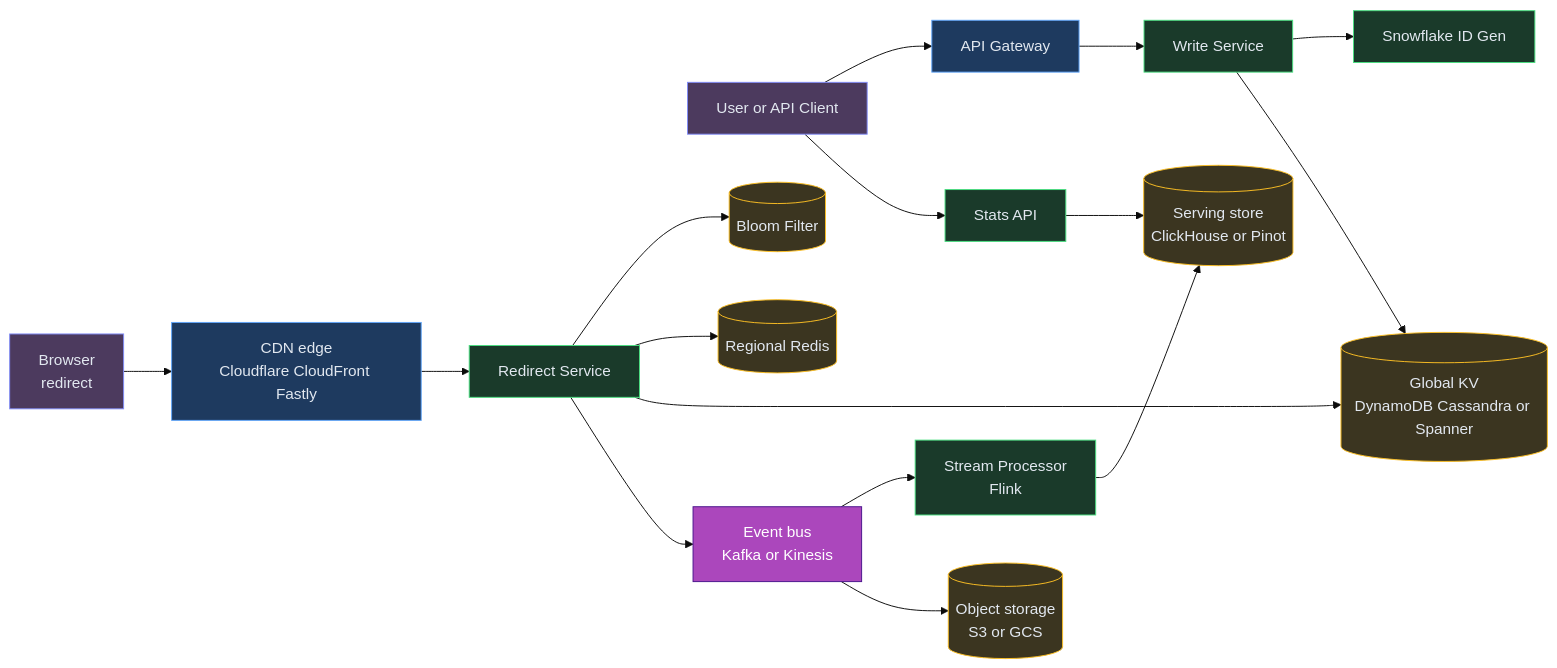
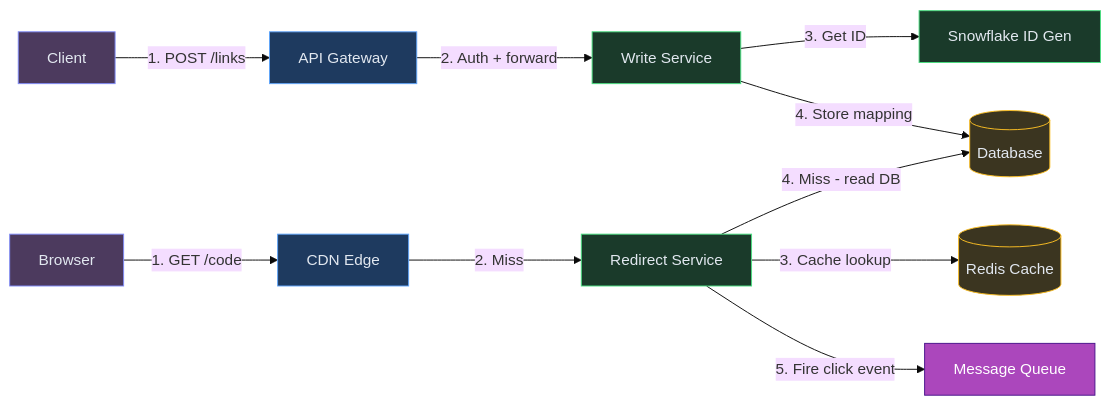
Before and after one commit to iluzn/HLD-Designs: diagram 11 of 11 in content/hld/URLShortner.md, drawn with Mermaid (base theme). The commit also changed other lines of this file, not shown here.

Commit message:
fix(hld): Update all URL Shortener flowchart diagrams with numbered arrows
- TL;DR diagram: numbered arrows (1-4)
- Create flow diagram: numbered arrows (1-4)
- Redirect flow diagram: numbered arrows (1-5)
- Deep dive caching diagram: already had labels
- Final architecture: simplified (removed Bloom filter, Flink,
  ClickHouse, S3, regional Redis) + numbered arrows on both
  write path (1-4) and read path (1-5)
- Sequence diagrams already use autonumber (unchanged)
- Naive first-cut intentionally label-free (it's the broken version)

````diff
--- a/content/hld/URLShortner.md
+++ b/content/hld/URLShortner.md
@@ -590,46 +590,32 @@
 ```mermaid
 flowchart LR
-    CLIENT["User or API Client"]:::client
-    BROWSER["Browser<br/>redirect"]:::client
-    CDN["CDN edge<br/>Cloudflare CloudFront Fastly"]:::edge
+    CLIENT["Client"]:::client
+    BROWSER["Browser"]:::client
+    CDN["CDN Edge"]:::edge
     GW["API Gateway"]:::edge
 
     WS["Write Service"]:::service
     RS["Redirect Service"]:::service
     IDG["Snowflake ID Gen"]:::service
-    SP["Stream Processor<br/>Flink"]:::service
-    STATS["Stats API"]:::service
 
-    BF[("Bloom Filter")]:::data
-    REDIS[("Regional Redis")]:::data
-    KV[("Global KV<br/>DynamoDB Cassandra or Spanner")]:::data
-    CH[("Serving store<br/>ClickHouse or Pinot")]:::data
-    S3[("Object storage<br/>S3 or GCS")]:::data
+    REDIS[("Redis Cache")]:::data
+    DB[("Database")]:::data
+    Q["Message Queue"]:::async
 
-    K["Event bus<br/>Kafka or Kinesis"]:::async
+    CLIENT -->|"1. POST /links"| GW
+    GW -->|"2. Auth + forward"| WS
+    WS -->|"3. Get ID"| IDG
+    WS -->|"4. Store mapping"| DB
 
-    CLIENT --> GW
-    GW --> WS
-    WS --> IDG
-    WS --> KV
-
-    BROWSER --> CDN
-    CDN --> RS
-    RS --> BF
-    RS --> REDIS
-    RS --> KV
-    RS --> K
-
-    K --> SP
-    K --> S3
-    SP --> CH
-
-    CLIENT --> STATS
-    STATS --> CH
+    BROWSER -->|"1. GET /code"| CDN
+    CDN -->|"2. Miss"| RS
+    RS -->|"3. Cache lookup"| REDIS
+    RS -->|"4. Miss - read DB"| DB
+    RS -->|"5. Fire click event"| Q
 
     classDef client fill:#4c3a5e,stroke:#818cf8,color:#e2e8f0
     classDef edge fill:#1e3a5f,stroke:#60a5fa,color:#e2e8f0
     classDef service fill:#1a3a2a,stroke:#4ade80,color:#e2e8f0
     classDef async fill:#AB47BC,stroke:#4A148C,color:#fff
     classDef data fill:#3b3520,stroke:#fbbf24,color:#e2e8f0
 ```
````
